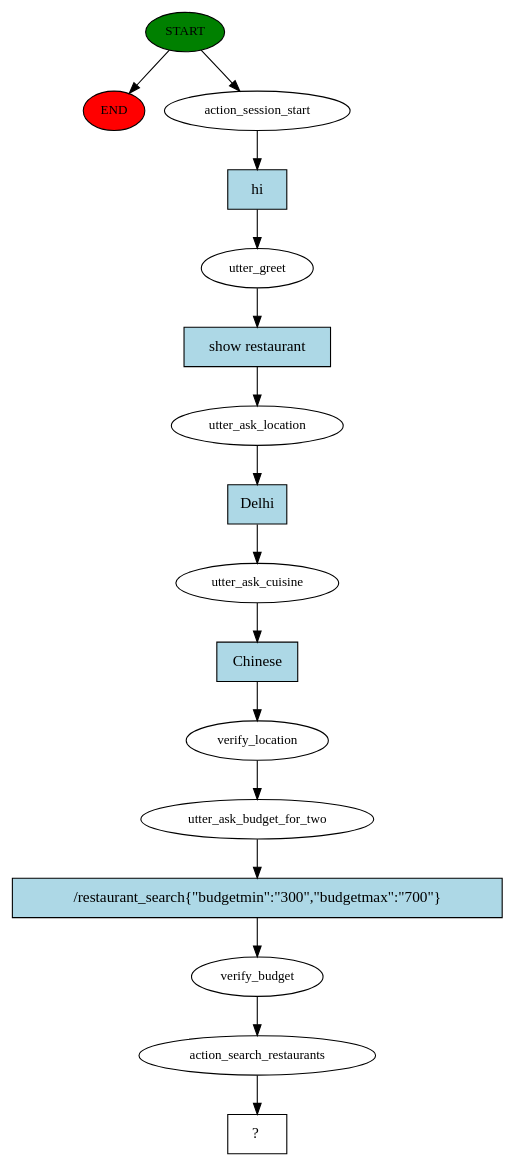
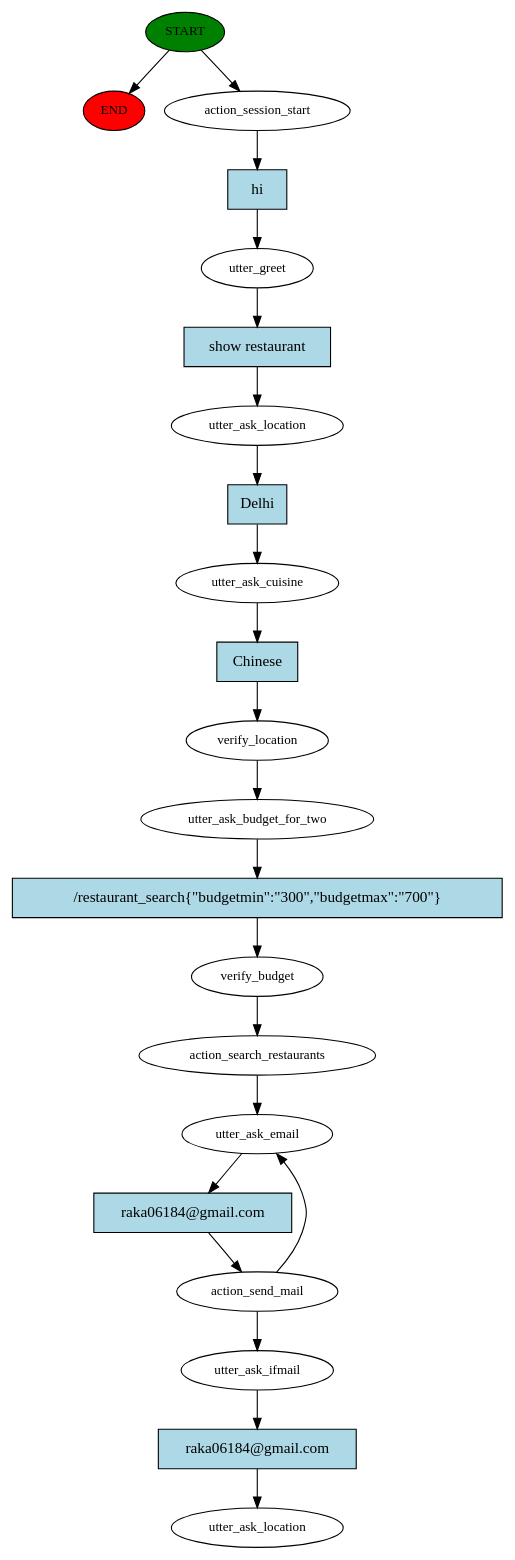
Before and after one commit to RakeshKumar045/Restaurant_Rasa_Chatbot_Python: the diagram in story_graph.dot, drawn with Graphviz. The commit also changed 1 other file, not shown here.

```diff
--- a/story_graph.dot
+++ b/story_graph.dot
@@ -1,33 +1,44 @@
 digraph  {
 0 [class="start active", fillcolor=green, fontsize=12, label=START, style=filled];
 "-1" [class=end, fillcolor=red, fontsize=12, label=END, style=filled];
 1 [class=active, fontsize=12, label=action_session_start];
 2 [class=active, fontsize=12, label=utter_greet];
 3 [class=active, fontsize=12, label=utter_ask_location];
 4 [class=active, fontsize=12, label=utter_ask_cuisine];
 5 [class=active, fontsize=12, label=verify_location];
 6 [class=active, fontsize=12, label=utter_ask_budget_for_two];
 7 [class=active, fontsize=12, label=verify_budget];
 8 [class=active, fontsize=12, label=action_search_restaurants];
-9 [class="intent dashed active", label="  ?  ", shape=rect];
-10 [class="intent active", fillcolor=lightblue, label=hi, shape=rect, style=filled];
-11 [class="intent active", fillcolor=lightblue, label="show restaurant", shape=rect, style=filled];
-12 [class="intent active", fillcolor=lightblue, label=Delhi, shape=rect, style=filled];
-13 [class="intent active", fillcolor=lightblue, label=Chinese, shape=rect, style=filled];
-14 [class="intent active", fillcolor=lightblue, label="/restaurant_search{\"budgetmin\":\"300\",\"budgetmax\":\"700\"}", shape=rect, style=filled];
+9 [class=active, fontsize=12, label=utter_ask_email];
+10 [class=active, fontsize=12, label=action_send_mail];
+13 [class=active, fontsize=12, label=utter_ask_ifmail];
+14 [class="dashed active", fontsize=12, label=utter_ask_location];
+15 [class="intent active", fillcolor=lightblue, label=hi, shape=rect, style=filled];
+16 [class="intent active", fillcolor=lightblue, label="show restaurant", shape=rect, style=filled];
+17 [class="intent active", fillcolor=lightblue, label=Delhi, shape=rect, style=filled];
+18 [class="intent active", fillcolor=lightblue, label=Chinese, shape=rect, style=filled];
+19 [class="intent active", fillcolor=lightblue, label="/restaurant_search{\"budgetmin\":\"300\",\"budgetmax\":\"700\"}", shape=rect, style=filled];
+20 [class="intent active", fillcolor=lightblue, label="raka06184@gmail.com", shape=rect, style=filled];
+21 [class="intent active", fillcolor=lightblue, label="raka06184@gmail.com", shape=rect, style=filled];
 0 -> "-1"  [class="", key=NONE, label=""];
 0 -> 1  [class=active, key=NONE, label=""];
-1 -> 10  [class=active, key=0];
-2 -> 11  [class=active, key=0];
-3 -> 12  [class=active, key=0];
-4 -> 13  [class=active, key=0];
+1 -> 15  [class=active, key=0];
+2 -> 16  [class=active, key=0];
+3 -> 17  [class=active, key=0];
+4 -> 18  [class=active, key=0];
 5 -> 6  [class=active, key=NONE, label=""];
-6 -> 14  [class=active, key=0];
+6 -> 19  [class=active, key=0];
 7 -> 8  [class=active, key=NONE, label=""];
 8 -> 9  [class=active, key=NONE, label=""];
-10 -> 2  [class=active, key=0];
-11 -> 3  [class=active, key=0];
-12 -> 4  [class=active, key=0];
-13 -> 5  [class=active, key=0];
-14 -> 7  [class=active, key=0];
+9 -> 20  [class=active, key=0];
+10 -> 9  [class=active, key=NONE, label=""];
+10 -> 13  [class=active, key=NONE, label=""];
+13 -> 21  [class=active, key=0];
+15 -> 2  [class=active, key=0];
+16 -> 3  [class=active, key=0];
+17 -> 4  [class=active, key=0];
+18 -> 5  [class=active, key=0];
+19 -> 7  [class=active, key=0];
+20 -> 10  [class=active, key=0];
+21 -> 14  [class=active, key=0];
 }
```
